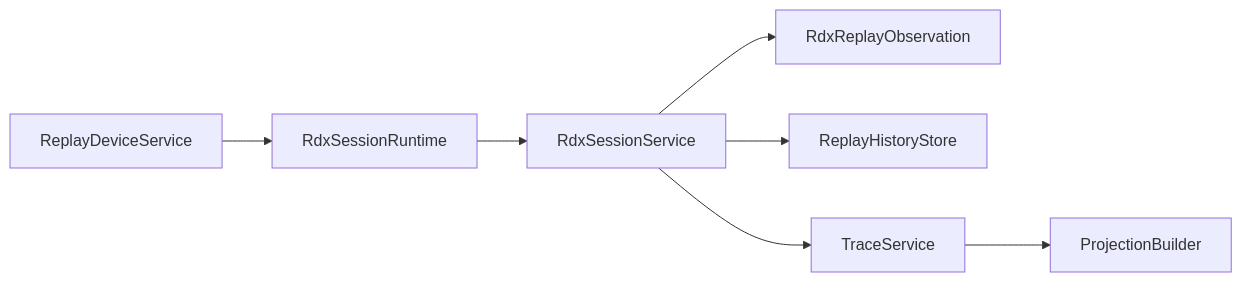
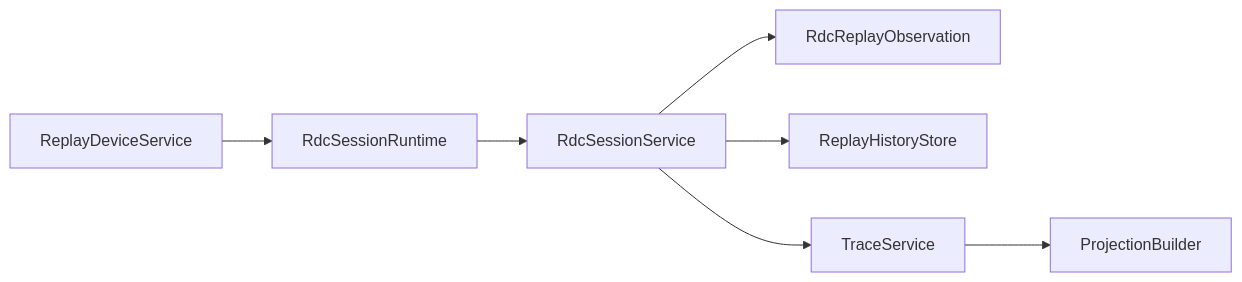
The seventh of 7 diagrams in .qoder/repowiki/zh/content/核心模块/会话管理系统/会话级回放系统.md (haolange/RDC-Agent), drawn with Mermaid before and after one commit. The commit also changed other lines of this file and 557 other files, not shown here.

````diff
--- a/.qoder/repowiki/zh/content/核心模块/会话管理系统/会话级回放系统.md
+++ b/.qoder/repowiki/zh/content/核心模块/会话管理系统/会话级回放系统.md
@@ -244,9 +244,9 @@
 ```mermaid
 graph LR
-Dev["ReplayDeviceService"] --> RT["RdxSessionRuntime"]
-RT --> Svc["RdxSessionService"]
-Svc --> Obs["RdxReplayObservation"]
+Dev["ReplayDeviceService"] --> RT["RdcSessionRuntime"]
+RT --> Svc["RdcSessionService"]
+Svc --> Obs["RdcReplayObservation"]
 Svc --> Hist["ReplayHistoryStore"]
 Svc --> Trace["TraceService"]
 Trace --> Proj["ProjectionBuilder"]
 ```
````
